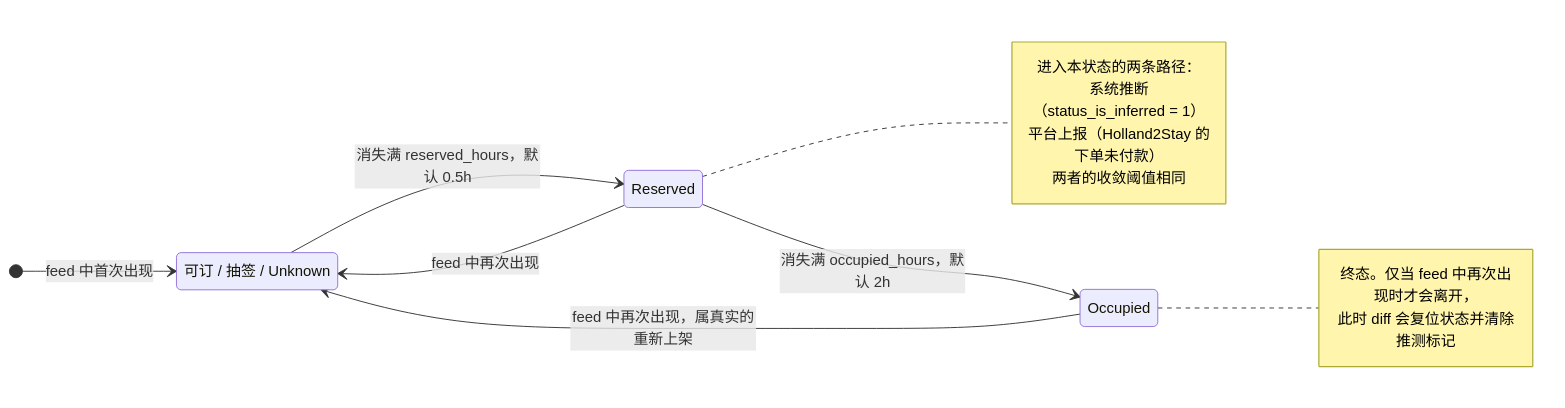
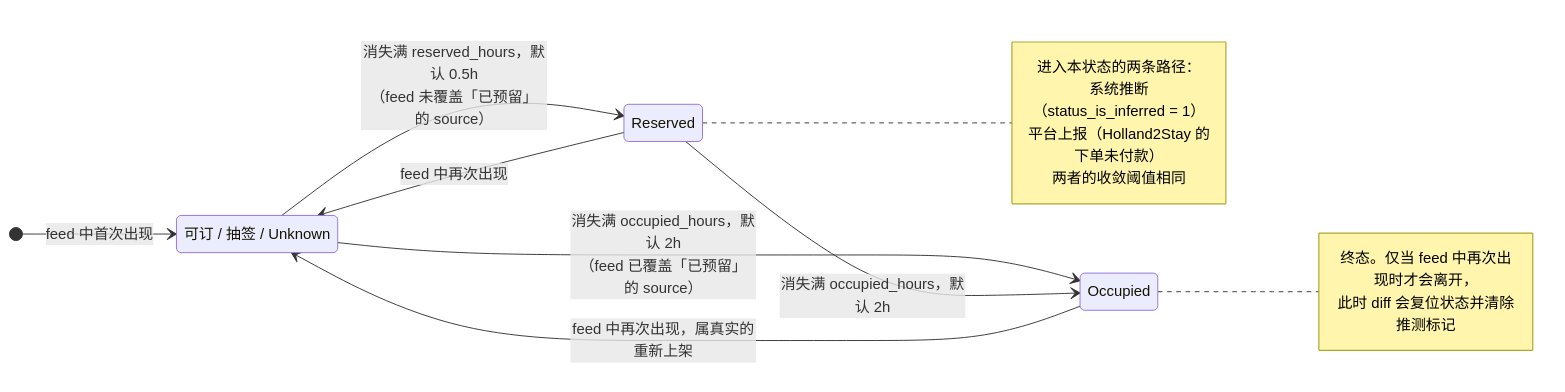
One commit to 751K/holland2stay-monitor changed the fourth of 6 diagrams in docs/ARCHITECTURE.md. Above: the diagram before and after it, drawn with Mermaid. The commit also changed other lines of this file and 7 other files, not shown here.

````diff
--- a/docs/ARCHITECTURE.md
+++ b/docs/ARCHITECTURE.md
@@ -735,27 +766,28 @@
 ```mermaid
 stateDiagram-v2
     direction LR
 
     state "可订 / 抽签 / Unknown" as A
     state "Reserved" as R
     state "Occupied" as O
 
     [*] --> A: feed 中首次出现
-    A --> R: 消失满 reserved_hours，默认 0.5h
+    A --> R: 消失满 reserved_hours，默认 0.5h<br/>（feed 未覆盖「已预留」的 source）
+    A --> O: 消失满 occupied_hours，默认 2h<br/>（feed 已覆盖「已预留」的 source）
     R --> O: 消失满 occupied_hours，默认 2h
 
     R --> A: feed 中再次出现
     O --> A: feed 中再次出现，属真实的重新上架
 
     note right of R
         进入本状态的两条路径：
         系统推断（status_is_inferred = 1）
         平台上报（Holland2Stay 的下单未付款）
         两者的收敛阈值相同
     end note
 
     note right of O
         终态。仅当 feed 中再次出现时才会离开，
         此时 diff 会复位状态并清除推测标记
     end note
 ```
````
